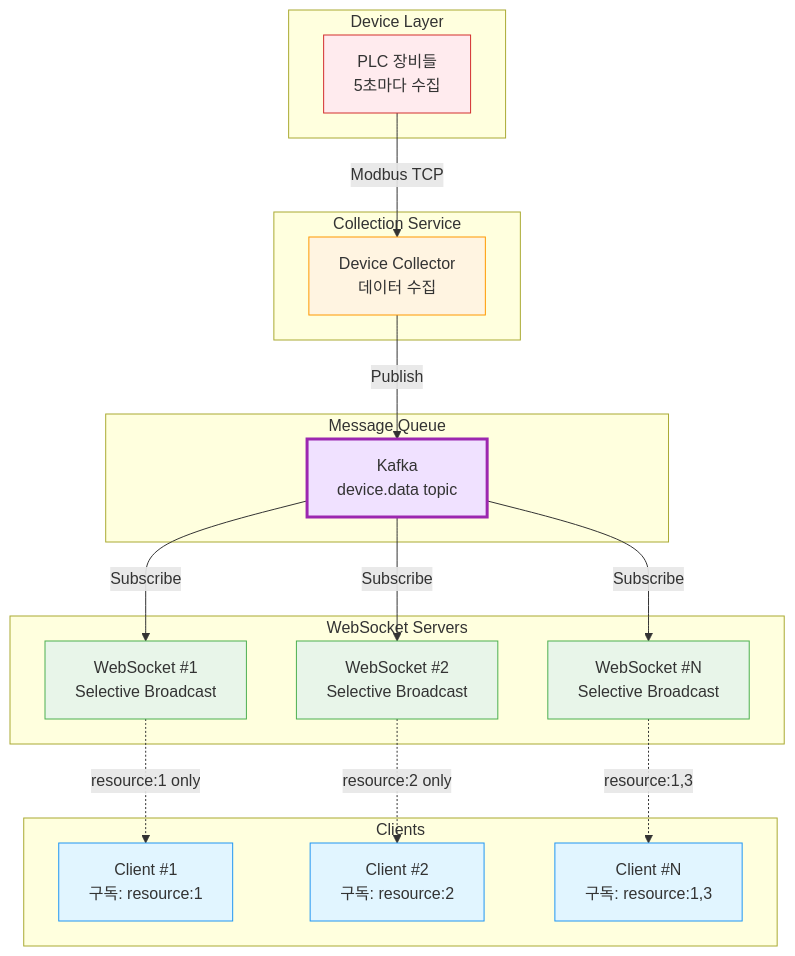
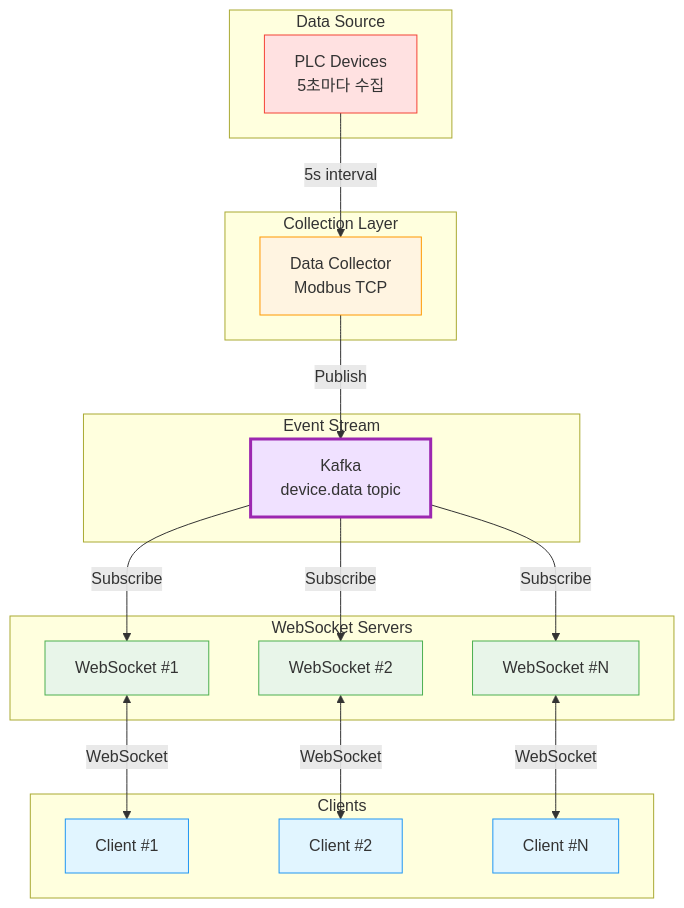
Before and after one commit to 1985jwlee/production-iot-backend: the tenth of 10 diagrams in TECHNICAL_CHALLENGES.md, drawn with Mermaid. The commit also changed other lines of this file and 1 other file, not shown here.

````diff
--- a/TECHNICAL_CHALLENGES.md
+++ b/TECHNICAL_CHALLENGES.md
@@ -711,47 +894,47 @@
 ```mermaid
 graph TB
-    subgraph "Device Layer"
-        PLC[PLC 장비들<br/>5초마다 수집]
+    subgraph "Data Source"
+        PLC[PLC Devices<br/>5초마다 수집]
     end
     
-    subgraph "Collection Service"
-        COLLECTOR[Device Collector<br/>데이터 수집]
+    subgraph "Collection Layer"
+        COLLECTOR[Data Collector<br/>Modbus TCP]
     end
     
-    subgraph "Message Queue"
+    subgraph "Event Stream"
         KAFKA[Kafka<br/>device.data topic]
     end
     
     subgraph "WebSocket Servers"
-        WS1[WebSocket #1<br/>Selective Broadcast]
-        WS2[WebSocket #2<br/>Selective Broadcast]
-        WS3[WebSocket #N<br/>Selective Broadcast]
+        WS1[WebSocket #1]
+        WS2[WebSocket #2]
+        WSN[WebSocket #N]
     end
     
     subgraph "Clients"
-        C1[Client #1<br/>구독: resource:1]
-        C2[Client #2<br/>구독: resource:2]
-        C3[Client #N<br/>구독: resource:1,3]
+        C1[Client #1]
+        C2[Client #2]
+        CN[Client #N]
     end
     
-    PLC -->|Modbus TCP| COLLECTOR
+    PLC -->|5s interval| COLLECTOR
     COLLECTOR -->|Publish| KAFKA
     
     KAFKA -->|Subscribe| WS1
     KAFKA -->|Subscribe| WS2
-    KAFKA -->|Subscribe| WS3
+    KAFKA -->|Subscribe| WSN
     
-    WS1 -.->|resource:1 only| C1
-    WS2 -.->|resource:2 only| C2
-    WS3 -.->|resource:1,3| C3
+    WS1 <-->|WebSocket| C1
+    WS2 <-->|WebSocket| C2
+    WSN <-->|WebSocket| CN
     
-    style PLC fill:#ffebee,stroke:#d32f2f
+    style PLC fill:#ffe1e1,stroke:#f44336
     style COLLECTOR fill:#fff4e1,stroke:#ff9800
     style KAFKA fill:#f0e1ff,stroke:#9c27b0,stroke-width:3px
     style WS1 fill:#e8f5e9,stroke:#4caf50
     style WS2 fill:#e8f5e9,stroke:#4caf50
-    style WS3 fill:#e8f5e9,stroke:#4caf50
+    style WSN fill:#e8f5e9,stroke:#4caf50
     style C1 fill:#e1f5ff,stroke:#2196f3
     style C2 fill:#e1f5ff,stroke:#2196f3
-    style C3 fill:#e1f5ff,stroke:#2196f3
+    style CN fill:#e1f5ff,stroke:#2196f3
 ```
````
